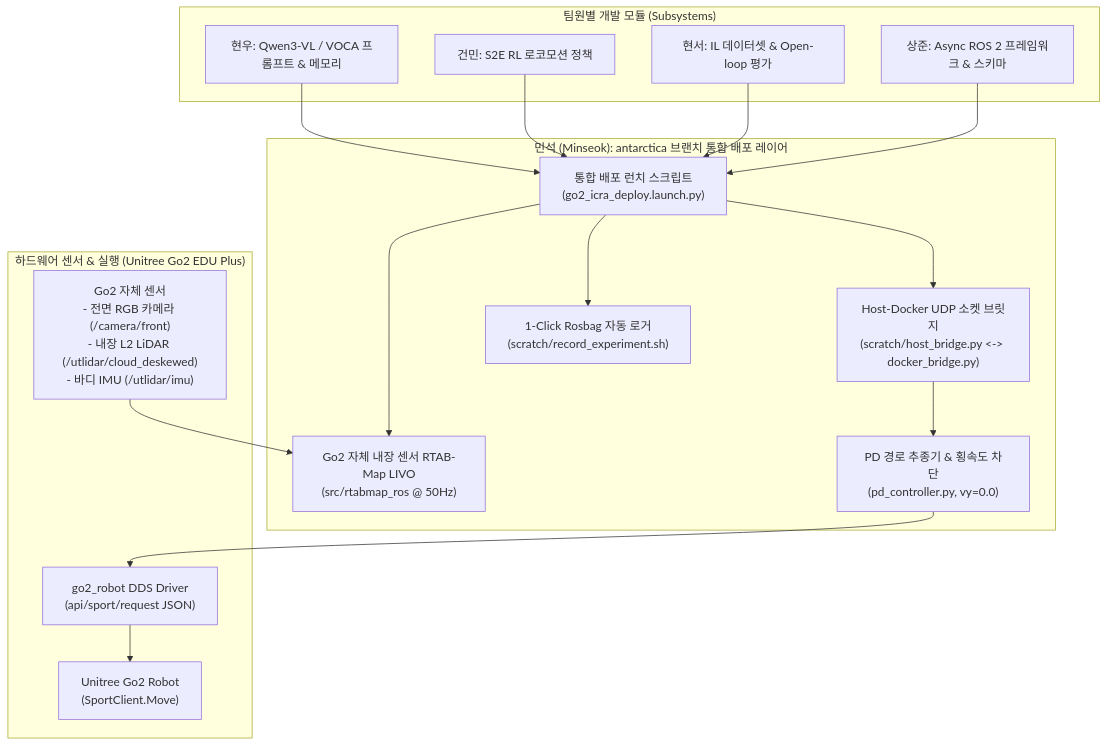
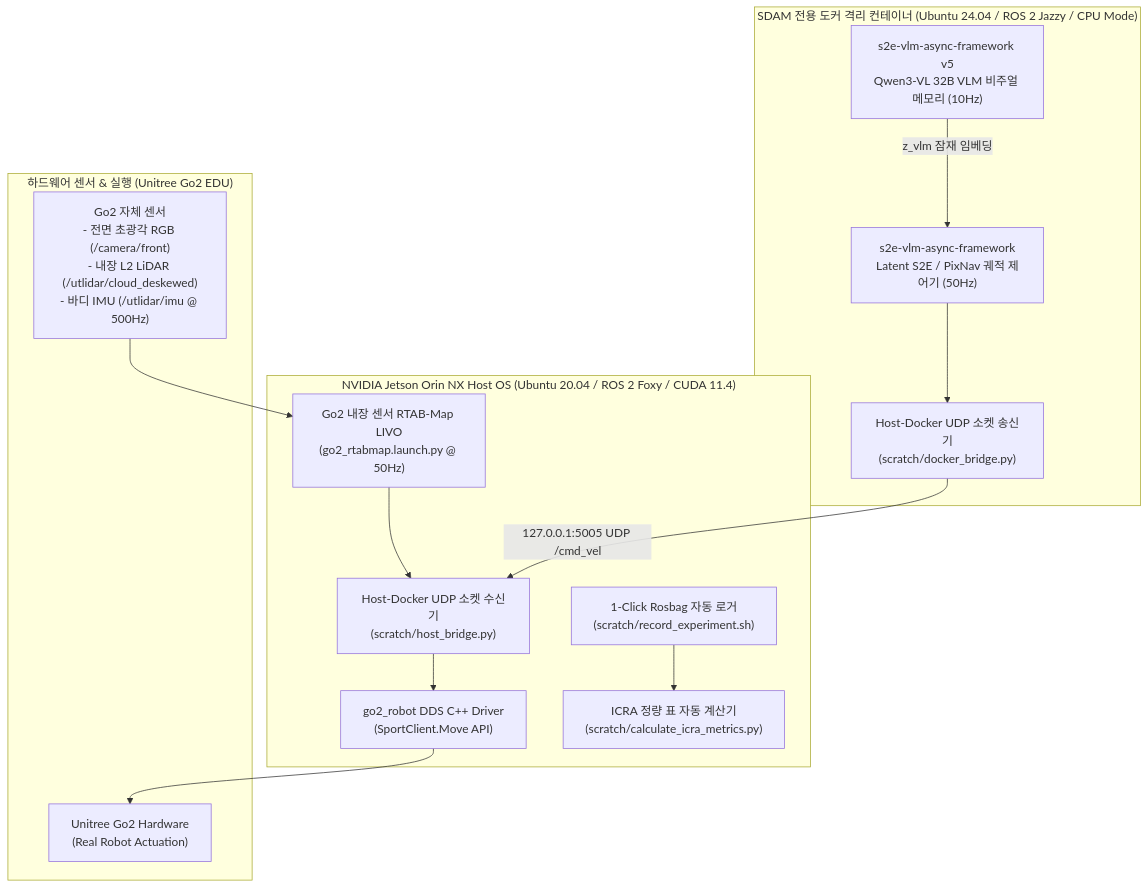
The first of 2 diagrams in README.md (CGV-HGU/go2_ws), drawn with Mermaid before and after one commit. The commit also changed other lines of this file, not shown here.

Commit message:
docs: update README.md with double fact-checked deployment strategy and Ubuntu 20.04 ROS 2 Humble guide

````diff
--- a/README.md
+++ b/README.md
@@ -11,37 +11,32 @@
 ```mermaid
 graph TD
-    subgraph "팀원별 개발 모듈 (Subsystems)"
-        HW[현우: Qwen3-VL / VOCA 프롬프트 & 메모리]
-        GM[건민: S2E RL 로코모션 정책]
-        HS[현서: IL 데이터셋 & Open-loop 평가]
-        SJ[상준: Async ROS 2 프레임워크 & 스키마]
+    subgraph "NVIDIA Jetson Orin NX Host OS (Ubuntu 20.04 / ROS 2 Foxy / CUDA 11.4)"
+        RTAB["Go2 내장 센서 RTAB-Map LIVO<br/>(go2_rtabmap.launch.py @ 50Hz)"]
+        HOST_BR["Host-Docker UDP 소켓 수신기<br/>(scratch/host_bridge.py)"]
+        DDS["go2_robot DDS C++ Driver<br/>(SportClient.Move API)"]
+        LOG["1-Click Rosbag 자동 로거<br/>(scratch/record_experiment.sh)"]
+        EVAL["ICRA 정량 표 자동 계산기<br/>(scratch/calculate_icra_metrics.py)"]
+        
+        RTAB --> HOST_BR
+        HOST_BR --> DDS
+        LOG --> EVAL
     end
 
-    subgraph "민석 (Minseok): antarctica 브랜치 통합 배포 레이어"
-        DEPLOY["통합 배포 런치 스크립트<br/>(go2_icra_deploy.launch.py)"]
-        RTAB["Go2 자체 내장 센서 RTAB-Map LIVO<br/>(src/rtabmap_ros @ 50Hz)"]
-        BRIDGE["Host-Docker UDP 소켓 브릿지<br/>(scratch/host_bridge.py <-> docker_bridge.py)"]
-        CTRL["PD 경로 추종기 & 횡속도 차단<br/>(pd_controller.py, vy=0.0)"]
-        LOG["1-Click Rosbag 자동 로거<br/>(scratch/record_experiment.sh)"]
+    subgraph "SDAM 전용 도커 격리 컨테이너 (Ubuntu 24.04 / ROS 2 Jazzy / CPU Mode)"
+        VLM["s2e-vlm-async-framework v5<br/>Qwen3-VL 32B VLM 비주얼 메모리 (10Hz)"]
+        S2E["s2e-vlm-async-framework<br/>Latent S2E / PixNav 궤적 제어기 (50Hz)"]
+        DOCKER_BR["Host-Docker UDP 소켓 송신기<br/>(scratch/docker_bridge.py)"]
+        
+        VLM -->|z_vlm 잠재 임베딩| S2E
+        S2E --> DOCKER_BR
     end
 
-    subgraph "하드웨어 센서 & 실행 (Unitree Go2 EDU Plus)"
-        SENSORS["Go2 자체 센서<br/>- 전면 RGB 카메라 (/camera/front)<br/>- 내장 L2 LiDAR (/utlidar/cloud_deskewed)<br/>- 바디 IMU (/utlidar/imu)"]
-        DDS["go2_robot DDS Driver<br/>(api/sport/request JSON)"]
-        GO2["Unitree Go2 Robot<br/>(SportClient.Move)"]
+    subgraph "하드웨어 센서 & 실행 (Unitree Go2 EDU)"
+        SENSORS["Go2 자체 센서<br/>- 전면 초광각 RGB (/camera/front)<br/>- 내장 L2 LiDAR (/utlidar/cloud_deskewed)<br/>- 바디 IMU (/utlidar/imu @ 500Hz)"]
+        GO2["Unitree Go2 Hardware<br/>(Real Robot Actuation)"]
     end
 
-    HW --> DEPLOY
-    GM --> DEPLOY
-    HS --> DEPLOY
-    SJ --> DEPLOY
-
     SENSORS --> RTAB
-    DEPLOY --> RTAB
-    DEPLOY --> BRIDGE
-    BRIDGE --> CTRL
-    CTRL --> DDS
+    DOCKER_BR -- "127.0.0.1:5005 UDP /cmd_vel" --> HOST_BR
     DDS --> GO2
-
-    DEPLOY --> LOG
 ```
````
